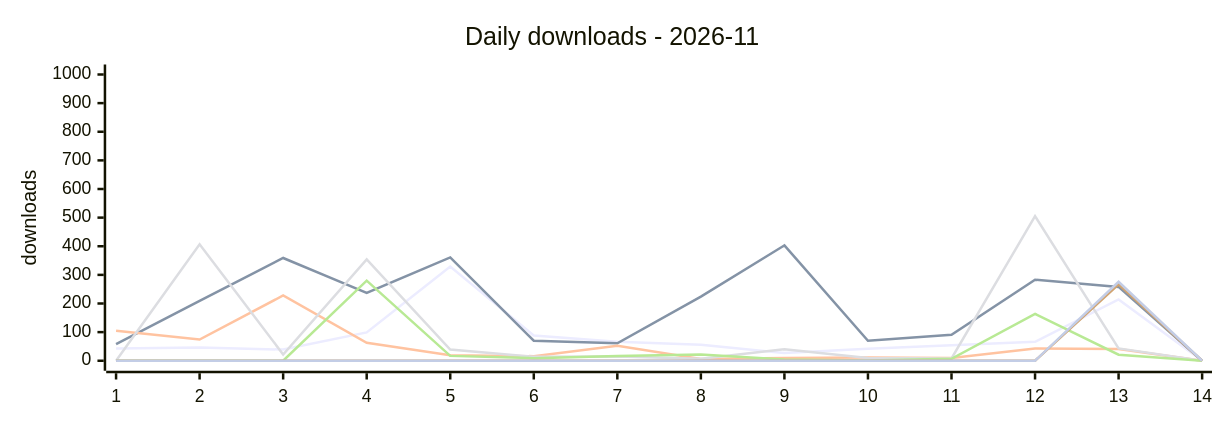
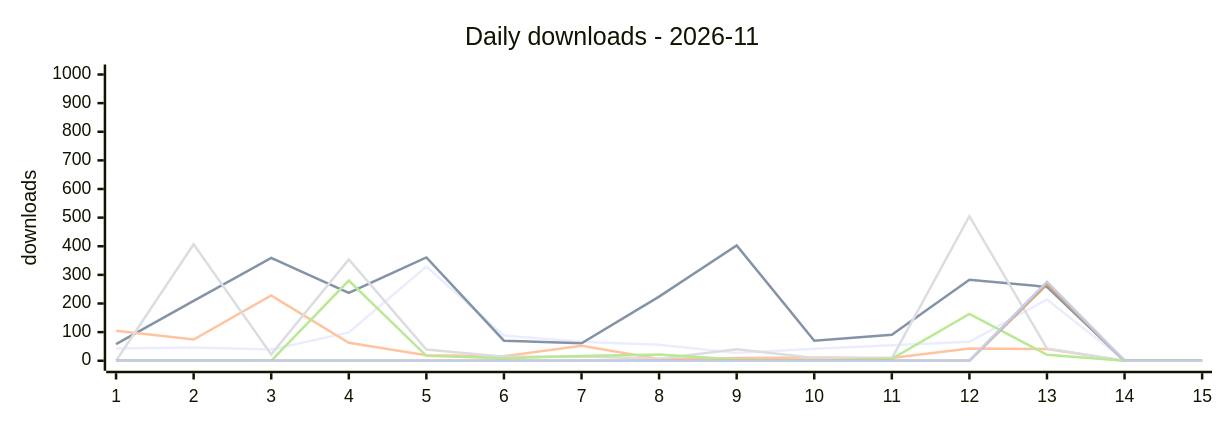
The first of 2 diagrams in DASHBOARD.md (terry2010/npm-downloads-tracker), drawn with Mermaid before and after one commit. The commit also changed other lines of this file and 1 other file, not shown here.

````diff
--- a/DASHBOARD.md
+++ b/DASHBOARD.md
@@ -31,14 +31,14 @@
 ```mermaid
 %%{init: {'xyChart': {'width': 960, 'height': 320}}}%%
 xychart-beta
     title "Daily downloads - 2026-11"
-    x-axis ["1", "2", "3", "4", "5", "6", "7", "8", "9", "10", "11", "12", "13", "14"]
+    x-axis ["1", "2", "3", "4", "5", "6", "7", "8", "9", "10", "11", "12", "13", "14", "15"]
     y-axis "downloads" 0 --> 1000
-    line "dsh-loop-recover" [43, 46, 39, 99, 329, 88, 66, 56, 27, 42, 54, 66, 214, 0]
-    line "dsh-rss-news-daily" [58, 209, 359, 237, 361, 70, 61, 224, 403, 70, 91, 283, 258, 0]
-    line "opencode-loop-recover" [105, 74, 228, 63, 19, 16, 52, 6, 10, 11, 10, 43, 41, 0]
-    line "oc-market-quail-zephyr-72a0" [0, 407, 22, 354, 39, 14, 15, 7, 40, 10, 8, 505, 43, 0]
-    line "awesome-opencode-market" [0, 0, 0, 280, 17, 9, 17, 22, 4, 1, 7, 164, 21, 0]
-    line "surfbird" [0, 0, 0, 0, 0, 0, 0, 0, 0, 0, 0, 0, 267, 0]
-    line "surfbird-mcp" [0, 0, 0, 0, 0, 0, 0, 0, 0, 0, 0, 0, 276, 0]
+    line "dsh-loop-recover" [43, 46, 39, 99, 329, 88, 66, 56, 27, 42, 54, 66, 214, 0, 0]
+    line "dsh-rss-news-daily" [58, 209, 359, 237, 361, 70, 61, 224, 403, 70, 91, 283, 258, 0, 0]
+    line "opencode-loop-recover" [105, 74, 228, 63, 19, 16, 52, 6, 10, 11, 10, 43, 41, 0, 0]
+    line "oc-market-quail-zephyr-72a0" [0, 407, 22, 354, 39, 14, 15, 7, 40, 10, 8, 505, 43, 0, 0]
+    line "awesome-opencode-market" [0, 0, 0, 280, 17, 9, 17, 22, 4, 1, 7, 164, 21, 0, 0]
+    line "surfbird" [0, 0, 0, 0, 0, 0, 0, 0, 0, 0, 0, 0, 267, 0, 0]
+    line "surfbird-mcp" [0, 0, 0, 0, 0, 0, 0, 0, 0, 0, 0, 0, 276, 0, 0]
 ```
````
